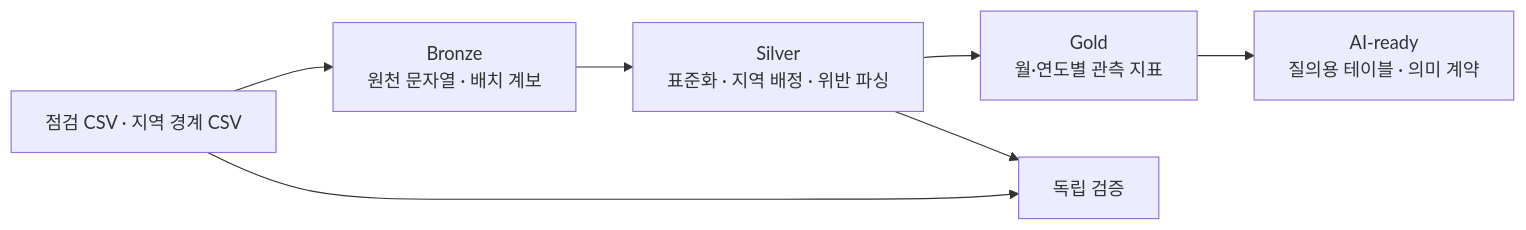
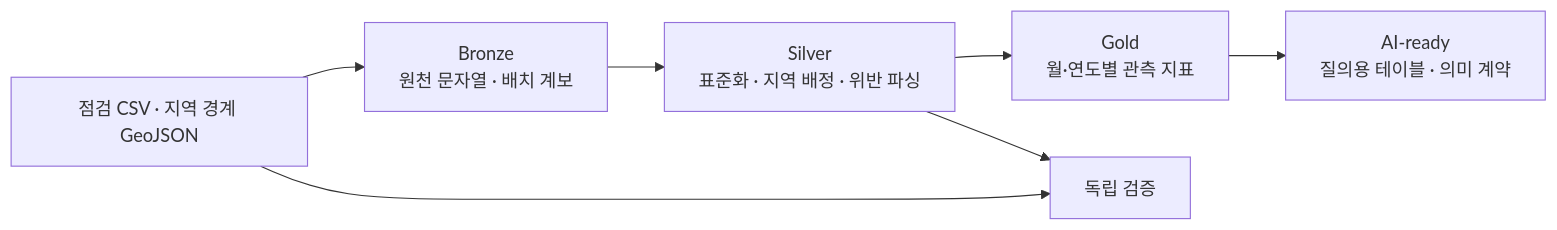
The diagram in docs/domains/05_geospatial.md (encore-ai-campus/mlo-03-p2-team2), drawn with Mermaid before and after one commit. The commit also changed other lines of this file and 10 other files, not shown here.

````diff
--- a/docs/domains/05_geospatial.md
+++ b/docs/domains/05_geospatial.md
@@ -26,9 +32,9 @@
 ```mermaid
 flowchart LR
-    source["점검 CSV · 지역 경계 CSV"] --> bronze["Bronze<br/>원천 문자열 · 배치 계보"]
+    source["점검 CSV · 지역 경계 GeoJSON"] --> bronze["Bronze<br/>원천 문자열 · 배치 계보"]
     bronze --> silver["Silver<br/>표준화 · 지역 배정 · 위반 파싱"]
     silver --> gold["Gold<br/>월·연도별 관측 지표"]
     gold --> ai["AI-ready<br/>질의용 테이블 · 의미 계약"]
     source --> audit["독립 검증"]
     silver --> audit
 ```
````
